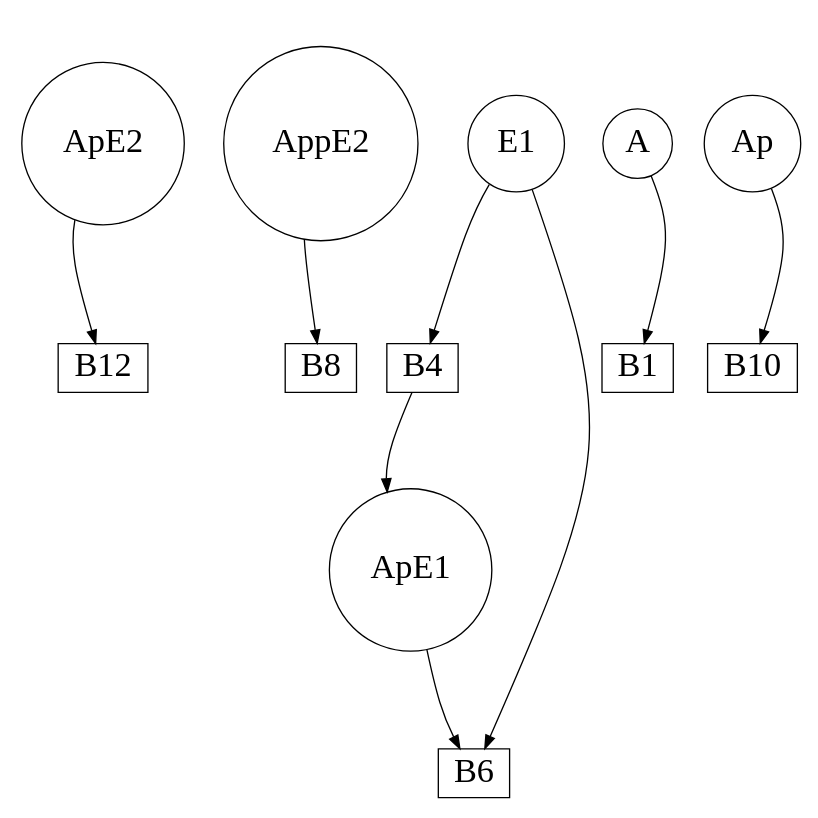
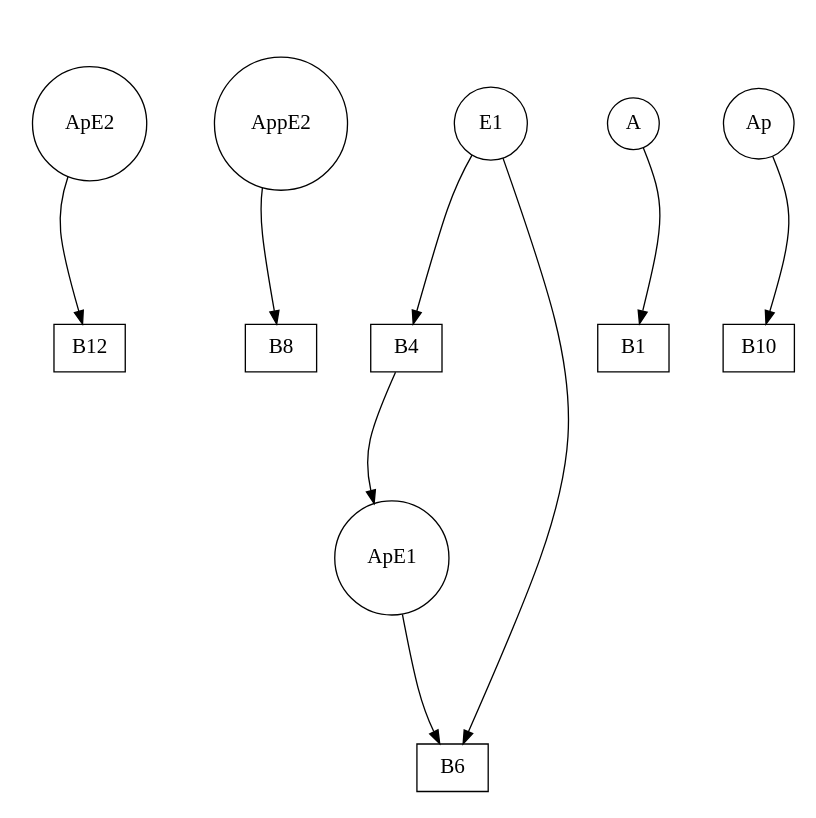
The diagram in single_layer_mapk_system/order_6/single_layer_mapk_mechanism_order_6_frag_3_sg_2.dot (gratelpy/gratelpy-supplementary-information), drawn with Graphviz before and after one commit. The commit also changed 77 other files, not shown here.

```diff
--- a/single_layer_mapk_system/order_6/single_layer_mapk_mechanism_order_6_frag_3_sg_2.dot
+++ b/single_layer_mapk_system/order_6/single_layer_mapk_mechanism_order_6_frag_3_sg_2.dot
@@ -1,27 +1,27 @@
 strict digraph G {
 remincross="true";
 ratio="fill";
 splines="curved";
 overlap="true";
 size="8.3,8.3";
-ApE2 [shape="circle", fontsize=26, pos="50.0,80.0!"];
-AppE2 [shape="circle", fontsize=26, pos="240.0,100.0!"];
-E1 [shape="circle", fontsize=26, pos="160.0,200.0!"];
-A [shape="circle", fontsize=26, pos="0.0,120.0!"];
-B12 [shape="box", fontsize=26, pos="0.0,60.0!"];
-ApE1 [shape="circle", fontsize=26, pos="260.0,128.0!"];
-B10 [shape="box", fontsize=26, pos="110.0,90.0!"];
-B6 [shape="box", fontsize=26, pos="320.0,160.0!"];
-B4 [shape="box", fontsize=26, pos="220.0,170.0!"];
-B1 [shape="box", fontsize=26, pos="0.0,200.0!"];
-Ap [shape="circle", fontsize=26, pos="160.0,160.0!"];
-B8 [shape="box", fontsize=26, pos="320.0,40.0!"];
+ApE2 [shape="circle", fontsize=16, pos="50.0,80.0!"];
+AppE2 [shape="circle", fontsize=16, pos="240.0,100.0!"];
+E1 [shape="circle", fontsize=16, pos="160.0,200.0!"];
+A [shape="circle", fontsize=16, pos="0.0,120.0!"];
+B12 [shape="box", fontsize=16, pos="0.0,60.0!"];
+ApE1 [shape="circle", fontsize=16, pos="260.0,128.0!"];
+B10 [shape="box", fontsize=16, pos="110.0,90.0!"];
+B6 [shape="box", fontsize=16, pos="320.0,160.0!"];
+B4 [shape="box", fontsize=16, pos="220.0,170.0!"];
+B1 [shape="box", fontsize=16, pos="0.0,200.0!"];
+Ap [shape="circle", fontsize=16, pos="160.0,160.0!"];
+B8 [shape="box", fontsize=16, pos="320.0,40.0!"];
 ApE1 -> B6;
 A -> B1;
 B6 -> E1;
 B4 -> ApE1;
 AppE2 -> B8;
 ApE2 -> B12;
 E1 -> B4;
 Ap -> B10;
 }
```
